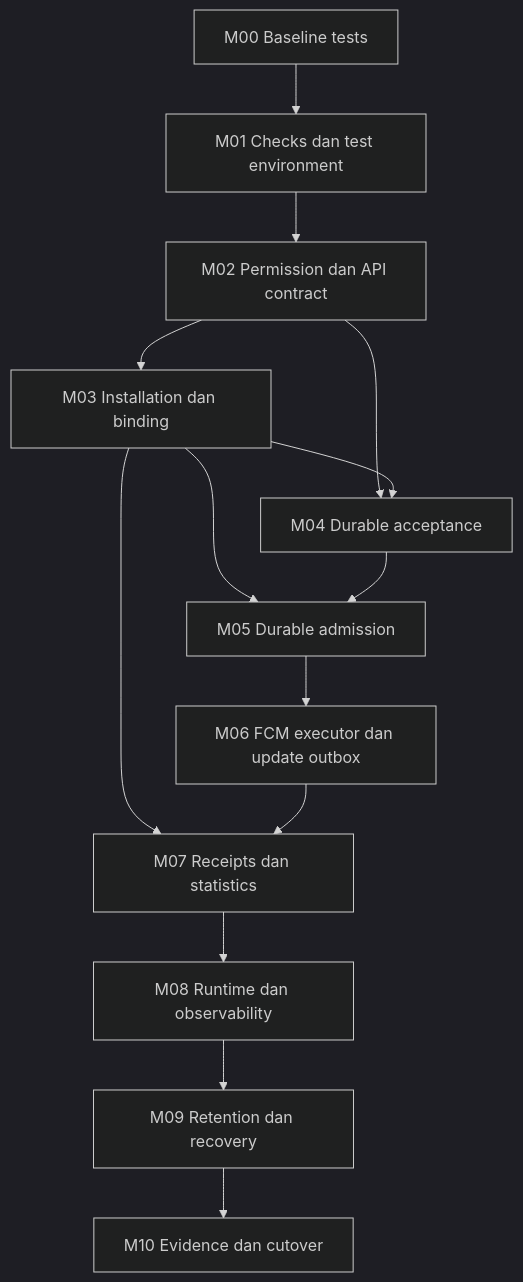
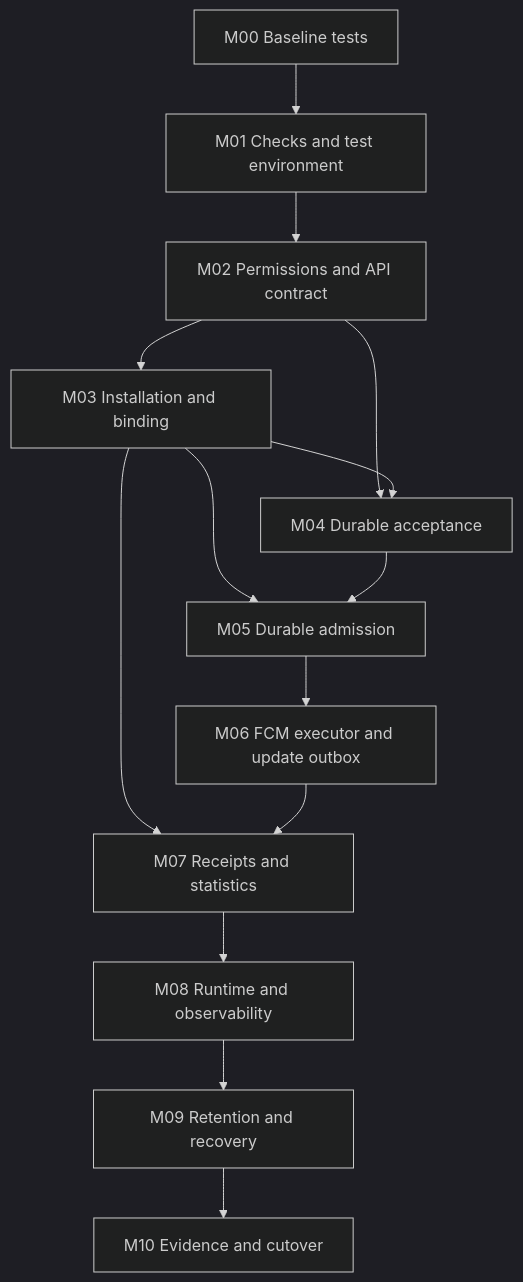
One commit to haidarmaula/notification-panel changed the diagram in docs/analysis/implementation-milestones.md. Above: the diagram before and after it, drawn with Mermaid (dark theme). The commit also changed other lines of this file and 13 other files, not shown here.

````diff
--- a/docs/analysis/implementation-milestones.md
+++ b/docs/analysis/implementation-milestones.md
@@ -43,16 +43,16 @@
 ```mermaid
 flowchart TD
-  M00["M00 Baseline tests"] --> M01["M01 Checks dan test environment"]
-  M01 --> M02["M02 Permission dan API contract"]
-  M02 --> M03["M03 Installation dan binding"]
+  M00["M00 Baseline tests"] --> M01["M01 Checks and test environment"]
+  M01 --> M02["M02 Permissions and API contract"]
+  M02 --> M03["M03 Installation and binding"]
   M02 --> M04["M04 Durable acceptance"]
   M03 --> M04
   M03 --> M05["M05 Durable admission"]
   M04 --> M05
-  M05 --> M06["M06 FCM executor dan update outbox"]
-  M03 --> M07["M07 Receipts dan statistics"]
+  M05 --> M06["M06 FCM executor and update outbox"]
+  M03 --> M07["M07 Receipts and statistics"]
   M06 --> M07
-  M07 --> M08["M08 Runtime dan observability"]
-  M08 --> M09["M09 Retention dan recovery"]
-  M09 --> M10["M10 Evidence dan cutover"]
+  M07 --> M08["M08 Runtime and observability"]
+  M08 --> M09["M09 Retention and recovery"]
+  M09 --> M10["M10 Evidence and cutover"]
 ```
````
